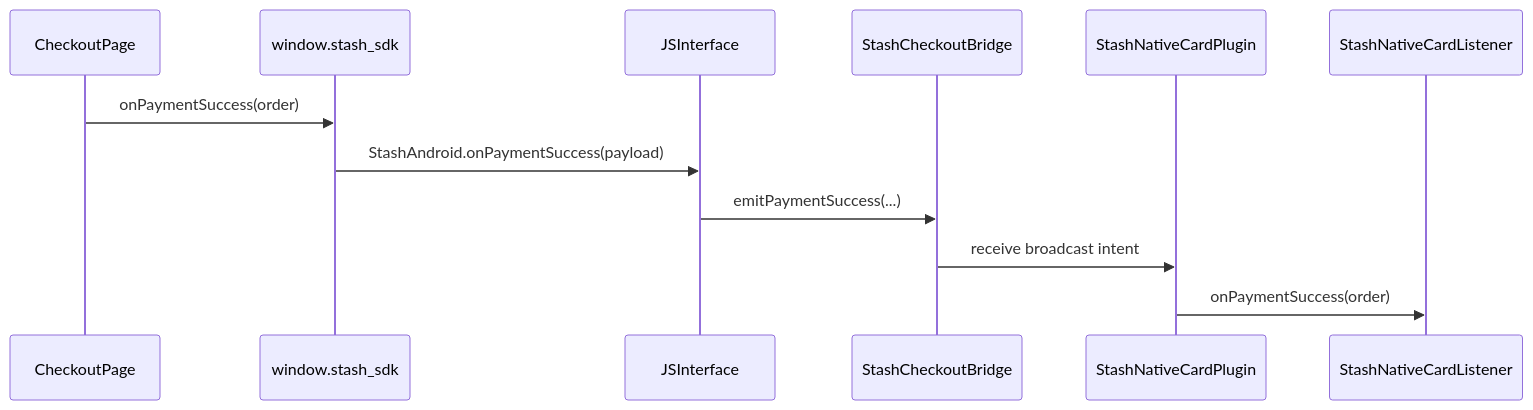
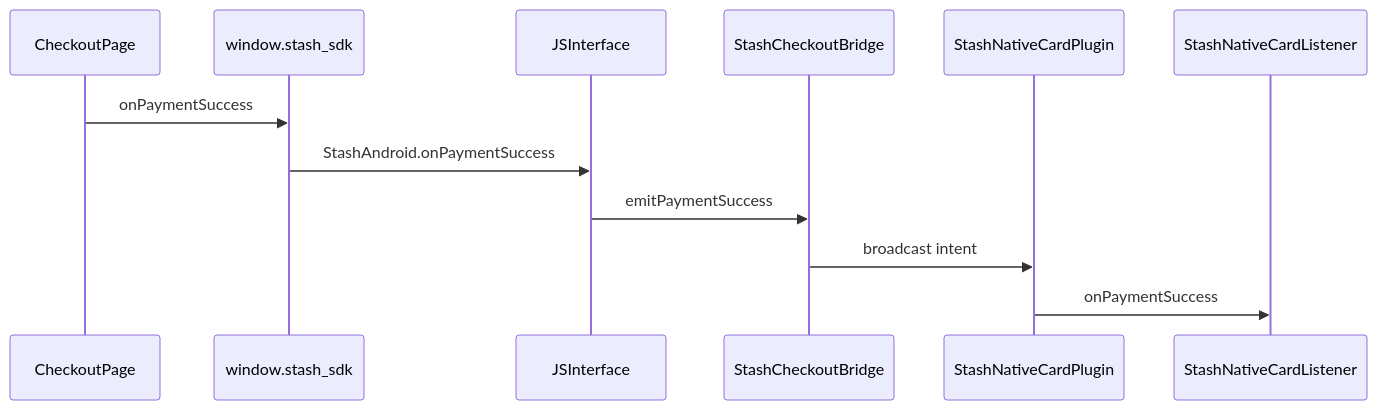
One commit to stashgg/stash-native changed the second of 4 diagrams in docs/android.md. Above: the diagram before and after it, drawn with Mermaid. The commit also changed other lines of this file and 6 other files, not shown here.

````diff
--- a/docs/android.md
+++ b/docs/android.md
@@ -86,15 +93,15 @@
 ```mermaid
 sequenceDiagram
     participant Page as CheckoutPage
     participant JS as window.stash_sdk
-    participant Native as JSInterface
+    participant JI as JSInterface
     participant Bridge as StashCheckoutBridge
     participant Plugin as StashNativeCardPlugin
     participant Listener as StashNativeCardListener
 
-    Page->>JS: onPaymentSuccess(order)
-    JS->>Native: StashAndroid.onPaymentSuccess(payload)
-    Native->>Bridge: emitPaymentSuccess(...)
-    Bridge->>Plugin: receive broadcast intent
-    Plugin->>Listener: onPaymentSuccess(order)
+    Page->>JS: onPaymentSuccess
+    JS->>JI: StashAndroid.onPaymentSuccess
+    JI->>Bridge: emitPaymentSuccess
+    Bridge->>Plugin: broadcast intent
+    Plugin->>Listener: onPaymentSuccess
 ```
````
